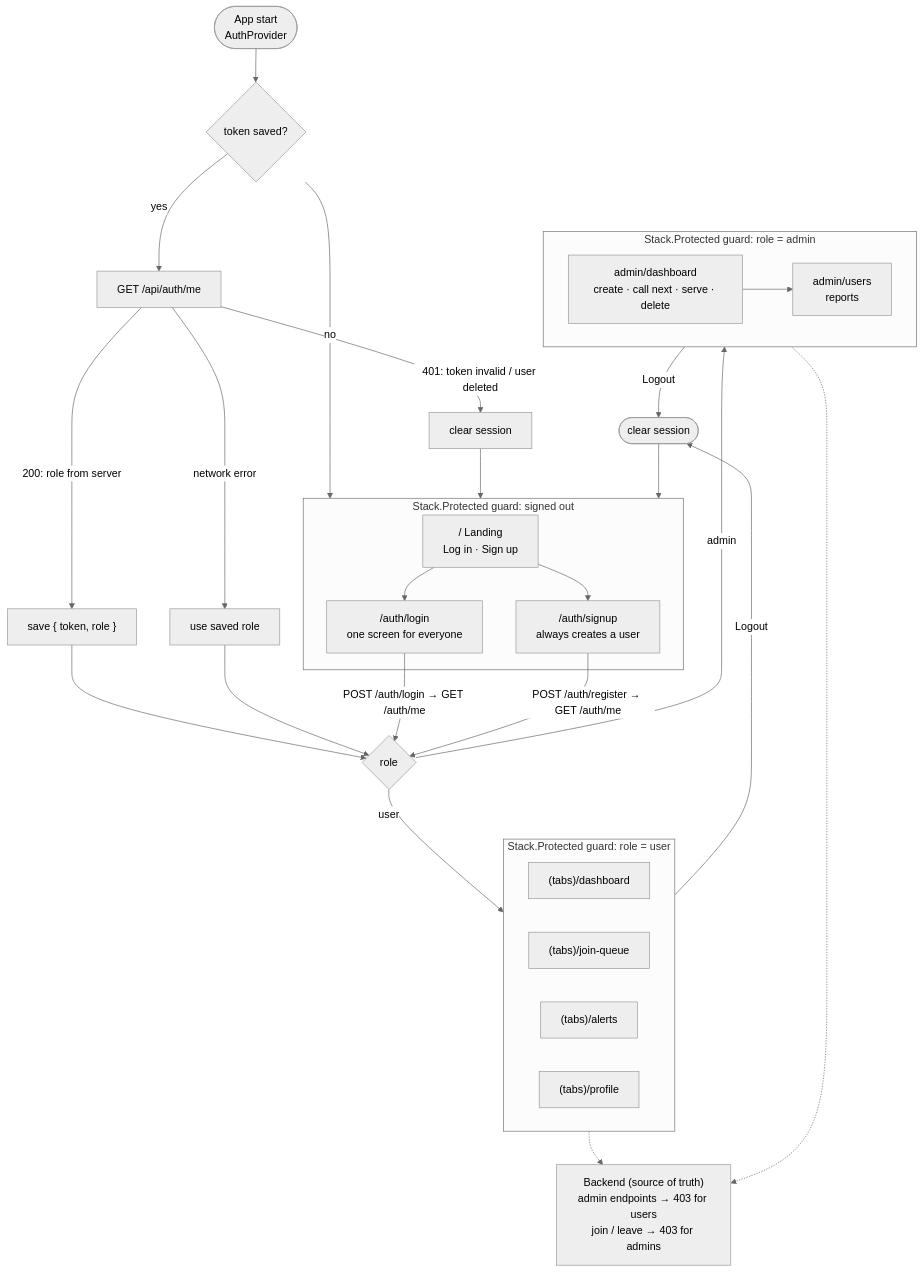
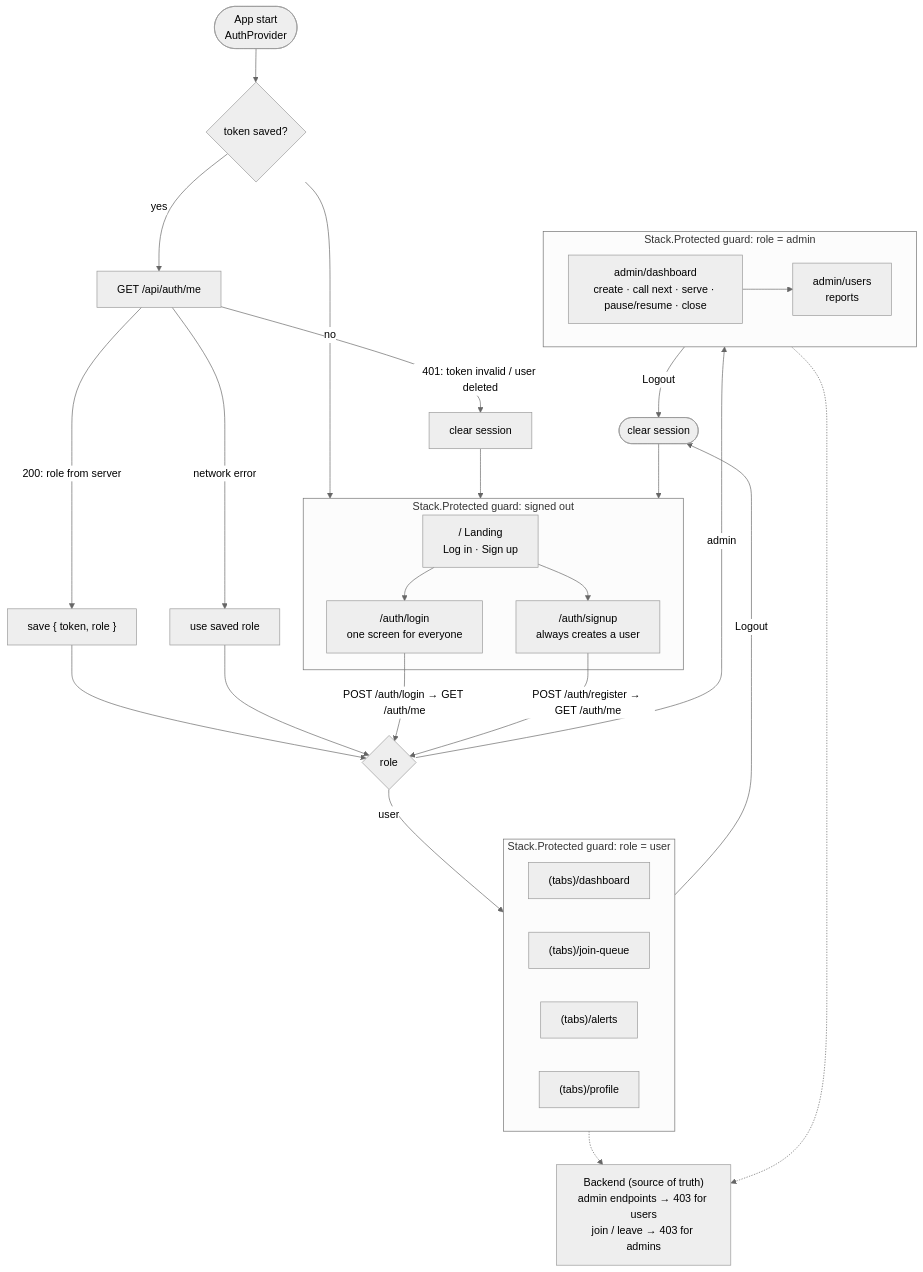
Before and after one commit to mishalsheza/QueueEase: the sixth of 10 diagrams in docs/architecture.md, drawn with Mermaid (neutral theme). The commit also changed other lines of this file and 18 other files, not shown here.

````diff
--- a/docs/architecture.md
+++ b/docs/architecture.md
@@ -247,44 +252,44 @@
 ```mermaid
 flowchart TD
   Start(["App start<br/>AuthProvider"]) --> HasToken{"token saved?"}
   HasToken -- "no" --> Guest
   HasToken -- "yes" --> Me["GET /api/auth/me"]
   Me -- "200: role from server" --> Persist["save { token, role }"]
   Me -- "401: token invalid / user deleted" --> Clear["clear session"] --> Guest
   Me -- "network error" --> Cached["use saved role"]
   Persist & Cached --> Role{"role"}
   Role -- "admin" --> AdminArea
   Role -- "user" --> UserArea
 
   subgraph Guest["Stack.Protected guard: signed out"]
     Landing["/ Landing<br/>Log in · Sign up"]
     Login["/auth/login<br/>one screen for everyone"]
     Signup["/auth/signup<br/>always creates a user"]
     Landing --> Login
     Landing --> Signup
   end
 
   Login -- "POST /auth/login → GET /auth/me" --> Role
   Signup -- "POST /auth/register → GET /auth/me" --> Role
 
   subgraph UserArea["Stack.Protected guard: role = user"]
     UD["(tabs)/dashboard"]
     JQ["(tabs)/join-queue"]
     AL["(tabs)/alerts"]
     PR["(tabs)/profile"]
   end
 
   subgraph AdminArea["Stack.Protected guard: role = admin"]
-    AD["admin/dashboard<br/>create · call next · serve · delete"]
+    AD["admin/dashboard<br/>create · call next · serve · pause/resume · close"]
     AU["admin/users<br/>reports"]
     AD --> AU
   end
 
   UserArea -- "Logout" --> Out(["clear session"])
   AdminArea -- "Logout" --> Out
   Out --> Guest
 
   Backend["Backend (source of truth)<br/>admin endpoints → 403 for users<br/>join / leave → 403 for admins"]
   UserArea -.-> Backend
   AdminArea -.-> Backend
 ```
````
